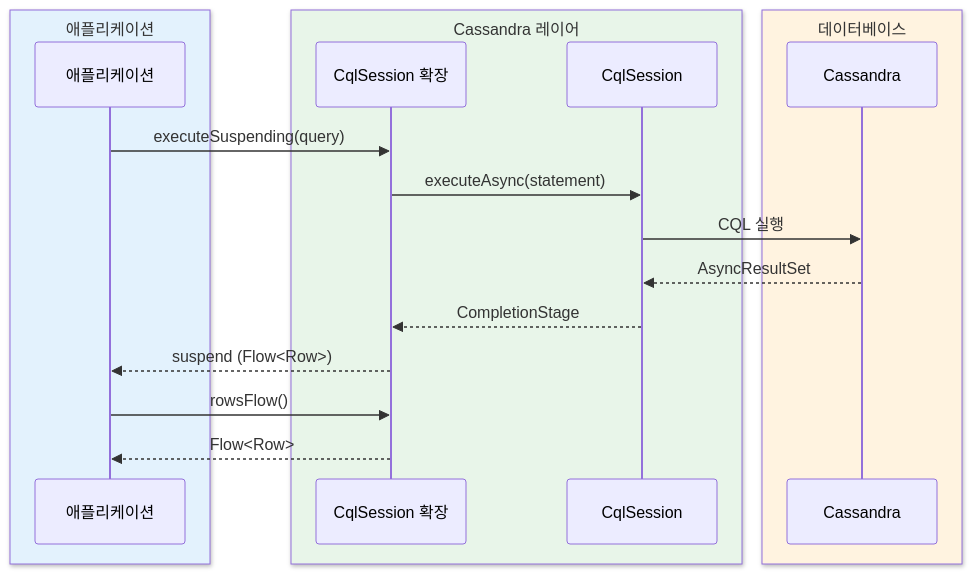
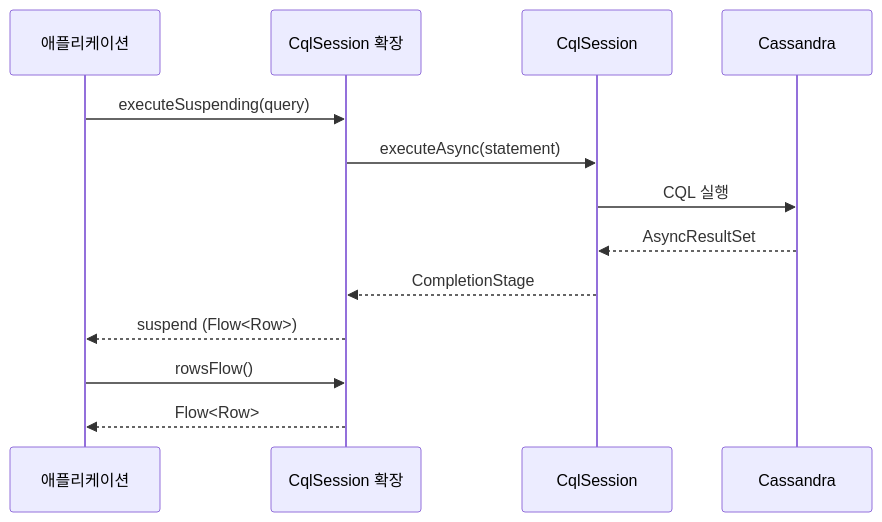
One commit to bluetape4k/bluetape4k-projects changed the third of 3 diagrams in data/cassandra/README.ko.md. Above: the diagram before and after it, drawn with Mermaid. The commit also changed other lines of this file and 219 other files, not shown here.

First line of the commit message:
docs: 전체 README Mermaid 다이어그램 가이드 적용

````diff
--- a/data/cassandra/README.ko.md
+++ b/data/cassandra/README.ko.md
@@ -429,22 +429,16 @@
 ```mermaid
 sequenceDiagram
-    box rgb(227, 242, 253) 애플리케이션
         participant App as 애플리케이션
-    end
-    box rgb(232, 245, 233) Cassandra 레이어
         participant Ext as CqlSession 확장
         participant Session as CqlSession
-    end
-    box rgb(255, 243, 224) 데이터베이스
         participant DB as Cassandra
-    end
 
     App->>Ext: executeSuspending(query)
     Ext->>Session: executeAsync(statement)
     Session->>DB: CQL 실행
     DB-->>Session: AsyncResultSet
     Session-->>Ext: CompletionStage
     Ext-->>App: suspend (Flow<Row>)
     App->>Ext: rowsFlow()
     Ext-->>App: Flow<Row>
 ```
````
